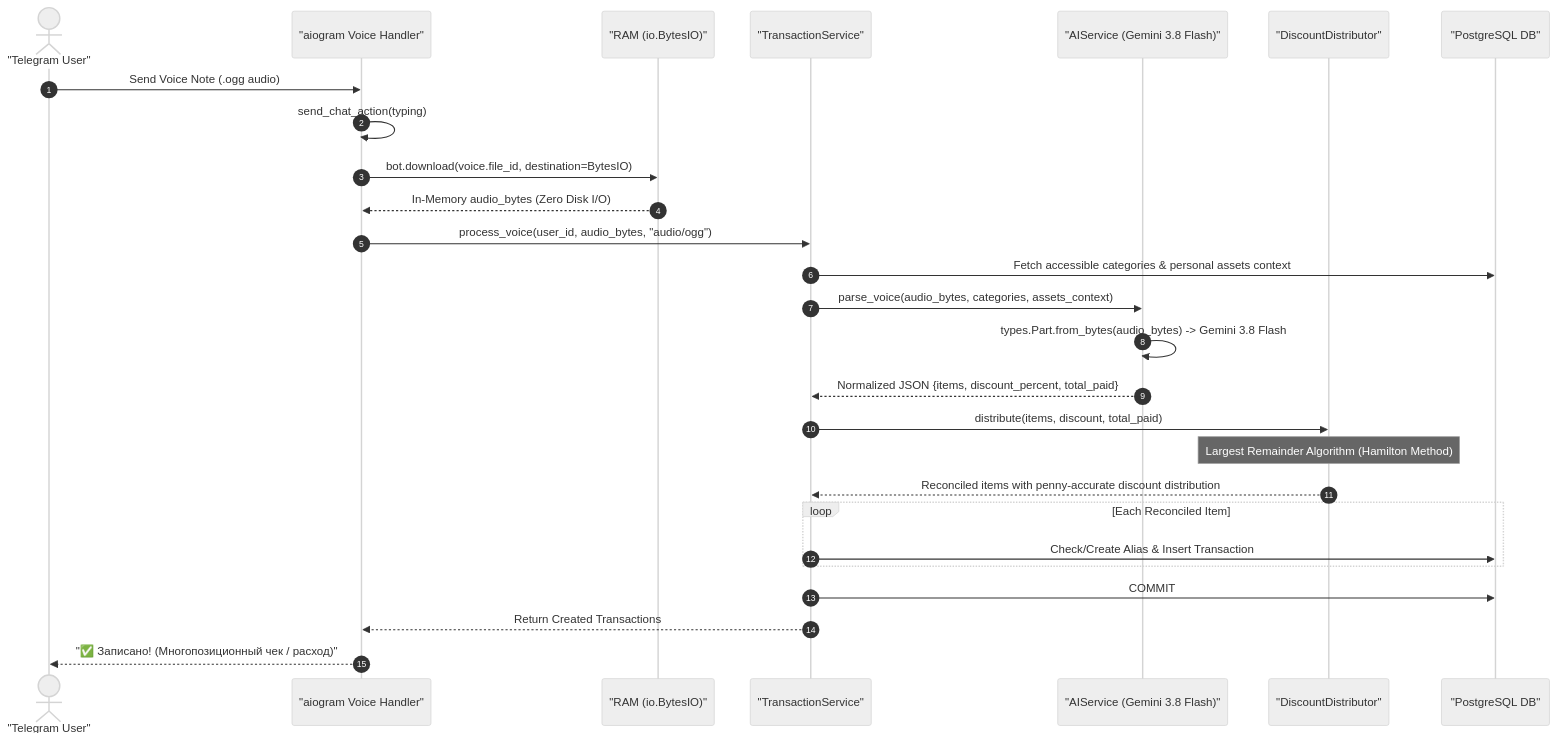
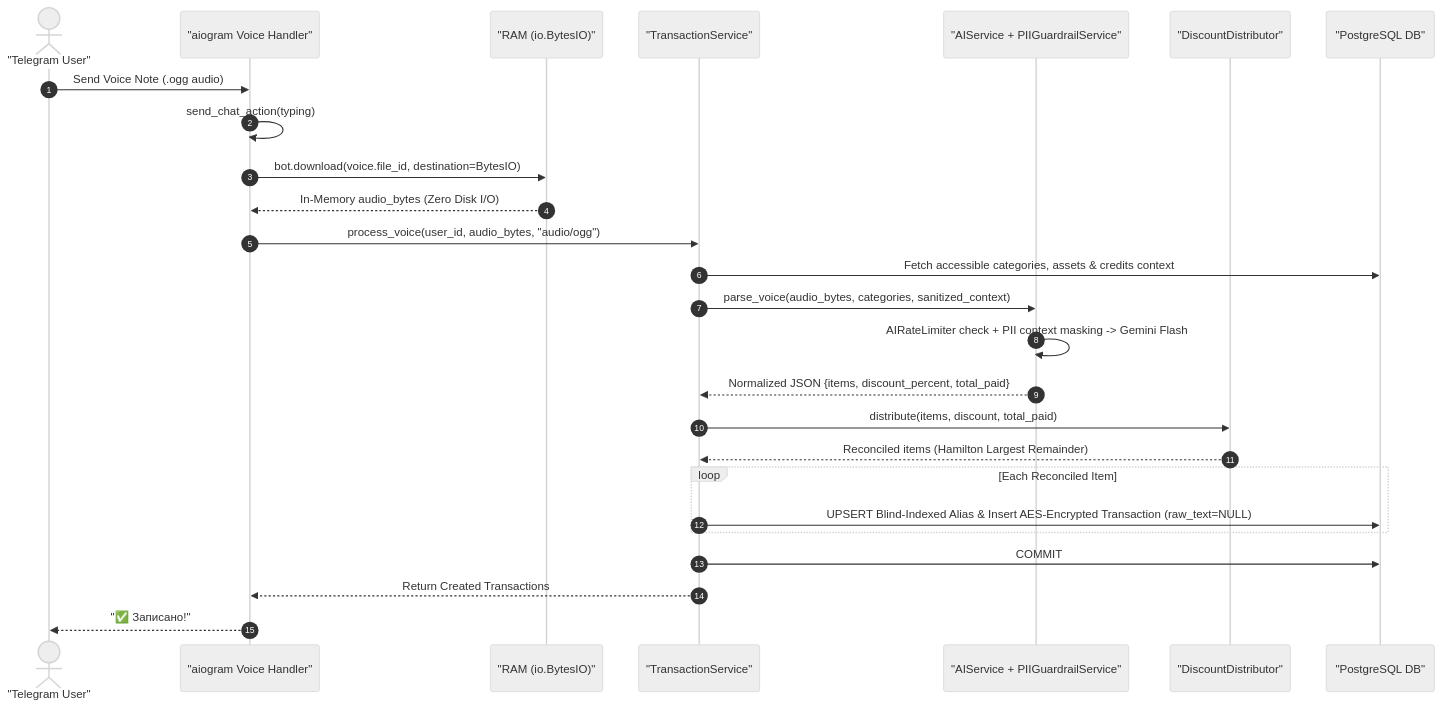
Before and after one commit to AntonioKolosov/smart-bujet: the sixth of 8 diagrams in ARCHITECTURE.md, drawn with Mermaid (neutral theme). The commit also changed other lines of this file and 24 other files, not shown here.

Commit message:
feat(release): deploy personalization, Argon security & performance optimizations, enforce /start user agreement, and bump ARCHITECTURE.md to v2.7.0

````diff
--- a/ARCHITECTURE.md
+++ b/ARCHITECTURE.md
@@ -330,33 +340,32 @@
 ```mermaid
 sequenceDiagram
     autonumber
     actor User as "Telegram User"
     participant Bot as "aiogram Voice Handler"
     participant Mem as "RAM (io.BytesIO)"
     participant TS as "TransactionService"
-    participant AI as "AIService (Gemini 3.8 Flash)"
+    participant AI as "AIService + PIIGuardrailService"
     participant DD as "DiscountDistributor"
     participant DB as "PostgreSQL DB"
 
     User->>Bot: Send Voice Note (.ogg audio)
     Bot->>Bot: send_chat_action(typing)
     Bot->>Mem: bot.download(voice.file_id, destination=BytesIO)
     Mem-->>Bot: In-Memory audio_bytes (Zero Disk I/O)
     
     Bot->>TS: process_voice(user_id, audio_bytes, "audio/ogg")
-    TS->>DB: Fetch accessible categories & personal assets context
-    TS->>AI: parse_voice(audio_bytes, categories, assets_context)
-    AI->>AI: types.Part.from_bytes(audio_bytes) -> Gemini 3.8 Flash
+    TS->>DB: Fetch accessible categories, assets & credits context
+    TS->>AI: parse_voice(audio_bytes, categories, sanitized_context)
+    AI->>AI: AIRateLimiter check + PII context masking -> Gemini Flash
     AI-->>TS: Normalized JSON {items, discount_percent, total_paid}
     
     TS->>DD: distribute(items, discount, total_paid)
-    Note over DD: Largest Remainder Algorithm (Hamilton Method)
-    DD-->>TS: Reconciled items with penny-accurate discount distribution
+    DD-->>TS: Reconciled items (Hamilton Largest Remainder)
     
     loop Each Reconciled Item
-        TS->>DB: Check/Create Alias & Insert Transaction
+        TS->>DB: UPSERT Blind-Indexed Alias & Insert AES-Encrypted Transaction (raw_text=NULL)
     end
     TS->>DB: COMMIT
     TS-->>Bot: Return Created Transactions
-    Bot-->>User: "✅ Записано! (Многопозиционный чек / расход)"
+    Bot-->>User: "✅ Записано!"
 ```
````
